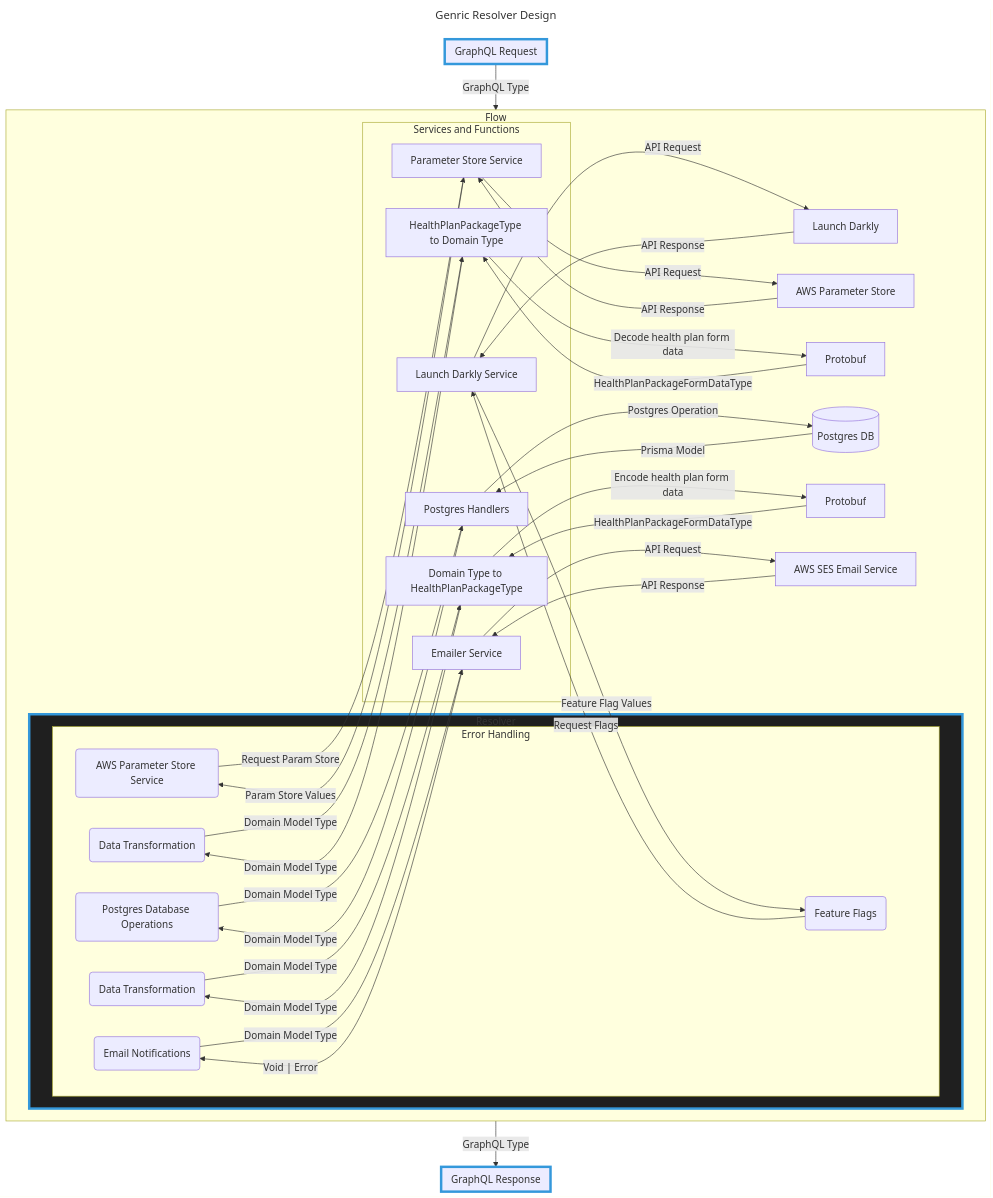
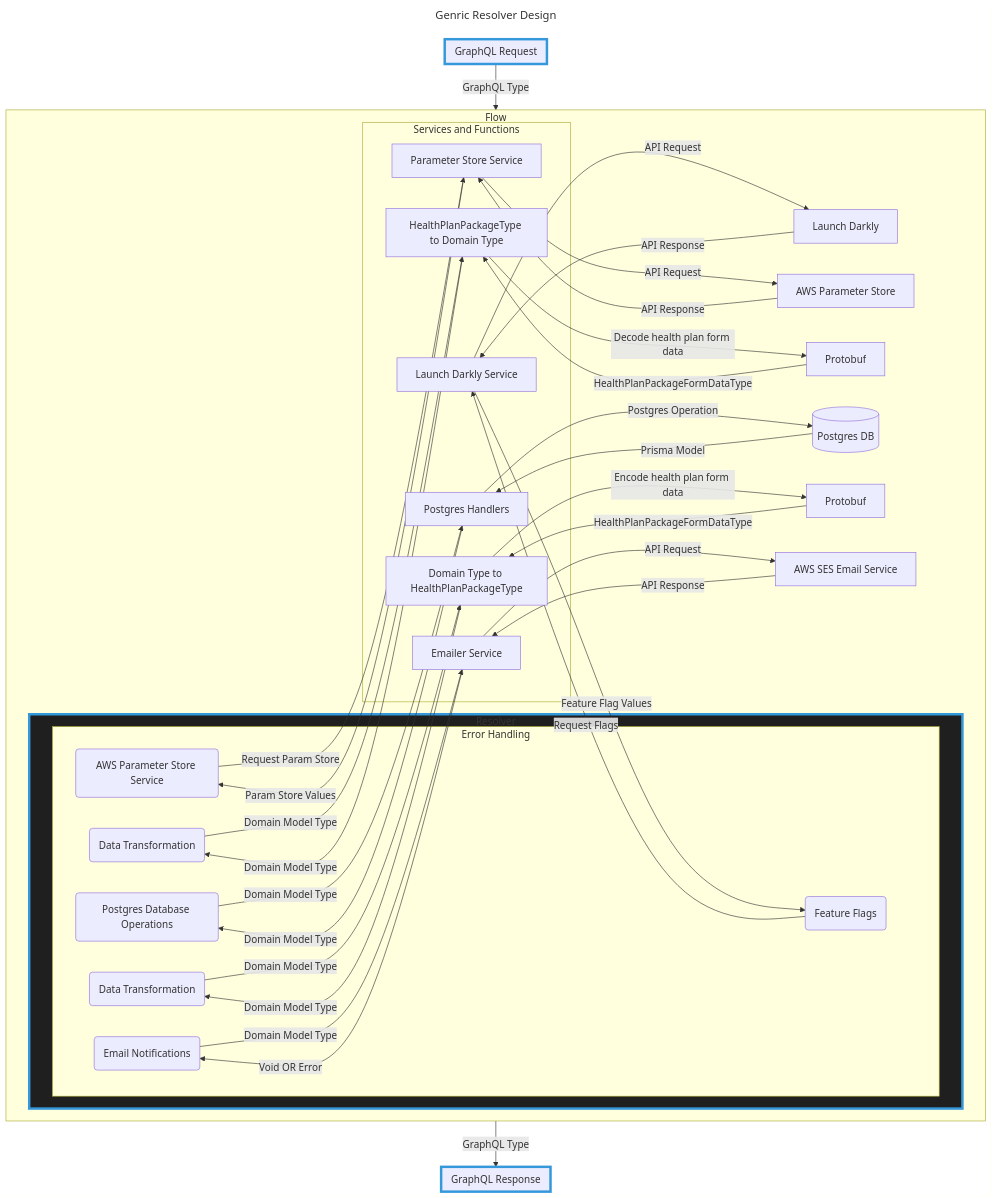
Before and after one commit to Enterprise-CMCS/managed-care-review: the first of 2 diagrams in docs/technical-design/resovler-design.md, drawn with Mermaid. The commit also changed other lines of this file, not shown here.

Commit message:
Fix another mermaid markdown errors.

````diff
--- a/docs/technical-design/resovler-design.md
+++ b/docs/technical-design/resovler-design.md
@@ -19,69 +19,69 @@
 ```mermaid
 ---
 title: Genric Resolver Design
 ---
 flowchart TD
     subgraph request[GraphQL Request]
     end
     subgraph container[Flow]
       direction LR
       subgraph resolver[Resolver]
           subgraph errorHandling[Error Handling]
             featureFlags(Feature Flags)
             awsParameterStore(AWS Parameter Store Service)
             dataTransformation1(Data Transformation)
             postgresOperations(Postgres Database Operations)
             dataTransformation2(Data Transformation)
             emailNotification(Email Notifications)
           end
       end
       
       subgraph servicesAndFunctions[Services and Functions]
         ldService[Launch Darkly Service]
         awsParamService[Parameter Store Service]
         postHandlers[Postgres Handlers]
         emailerService[Emailer Service]
         hppToDomainType[HealthPlanPackageType to Domain Type]
         domainToHPPType[Domain Type to HealthPlanPackageType]
       end
 
       featureFlags -- Request Flags --> ldService
       ldService -- Feature Flag Values --> featureFlags
       ldService -- API Request --> launchDarkly[Launch Darkly]
       launchDarkly[Launch Darkly] -- API Response --> ldService
 
       awsParameterStore -- Request Param Store --> awsParamService
       awsParamService -- Param Store Values --> awsParameterStore
       awsParamService -- API Request --> awsParam[AWS Parameter Store]
       awsParam[AWS Parameter Store] -- API Response --> awsParamService
 
       dataTransformation1 -- Domain Model Type --> hppToDomainType
       hppToDomainType -- Domain Model Type --> dataTransformation1
       hppToDomainType -- Decode health plan form data --> protobuf1[Protobuf]
       protobuf1[Protobuf] -- HealthPlanPackageFormDataType --> hppToDomainType
 
       postgresOperations -- Domain Model Type --> postHandlers
       postHandlers -- Domain Model Type --> postgresOperations
       postHandlers -- Postgres Operation --> postgresDB[(Postgres DB)]
       postgresDB[(Postgres DB)] -- Prisma Model --> postHandlers
 
       dataTransformation2 -- Domain Model Type --> domainToHPPType
       domainToHPPType -- Domain Model Type --> dataTransformation2
       domainToHPPType -- Encode health plan form data --> protobuf2[Protobuf]
       protobuf2[Protobuf] -- HealthPlanPackageFormDataType --> domainToHPPType
 
       emailNotification -- Domain Model Type --> emailerService
-      emailerService -- Void | Error --> emailNotification
+      emailerService -- Void OR Error --> emailNotification
       emailerService -- API Request --> sesEmailer[AWS SES Email Service]
       sesEmailer[AWS SES Email Service] -- API Response --> emailerService
     end
     subgraph response[GraphQL Response]
     end
     
     request -- GraphQL Type --> container
     container -- GraphQL Type --> response
 
     style request stroke:#3498DB,stroke-width:4px
     style response stroke:#3498DB,stroke-width:4px
-    style resolver stroke:#3498DB,stroke-width:4px,fill:#1f1f1f;
+    style resolver stroke:#3498DB,stroke-width:4px,fill:#1f1f1f
 ```
````
